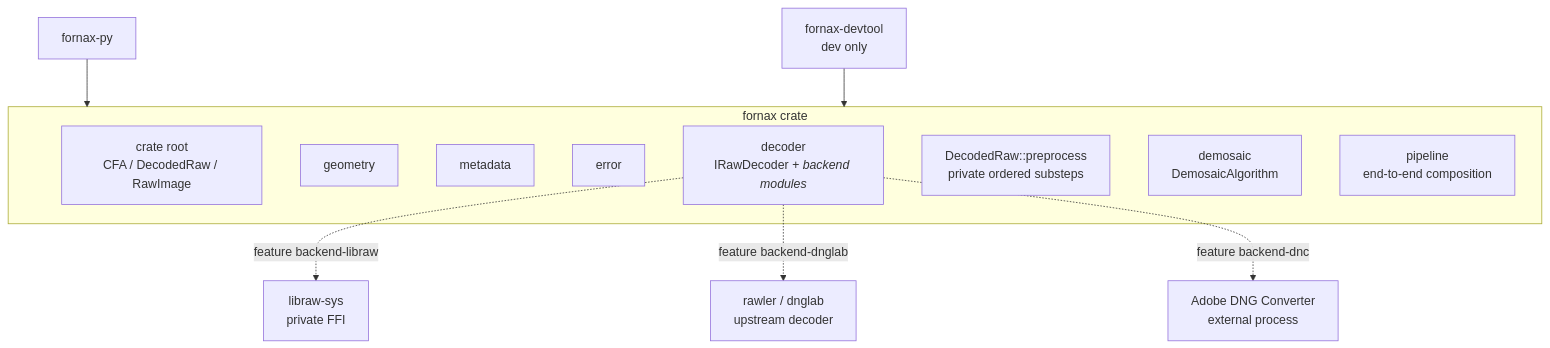
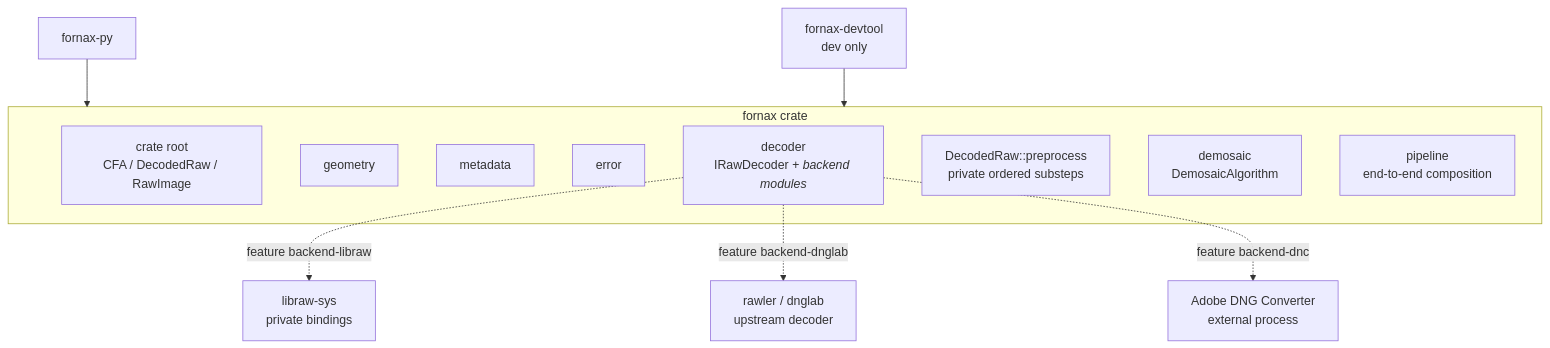
Before and after one commit to Glatzel/fornax: the diagram in docs/raw-pipeline/architecture.md, drawn with Mermaid. The commit also changed other lines of this file and 54 other files, not shown here.

First line of the commit message:
feat(impl-dec-003): implement libraw decoder (#558)

````diff
--- a/docs/raw-pipeline/architecture.md
+++ b/docs/raw-pipeline/architecture.md
@@ -12,19 +13,19 @@
 ```mermaid
 flowchart TB
     subgraph Fornax["fornax crate"]
         Model["crate root\nCFA / DecodedRaw / RawImage"]
         Geometry["geometry"]
         Metadata["metadata"]
         Error["error"]
         Decoder["decoder\nIRawDecoder<I> + backend modules"]
         Preprocess["DecodedRaw::preprocess\nprivate ordered substeps"]
         Demosaic["demosaic\nDemosaicAlgorithm"]
         Pipeline["pipeline\nend-to-end composition"]
     end
 
-    Decoder -. feature backend-libraw .-> LibRawSys["libraw-sys\nprivate FFI"]
+    Decoder -. feature backend-libraw .-> LibRawSys["libraw-sys\nprivate bindings"]
     Decoder -. feature backend-dnglab .-> Rawler["rawler / dnglab\nupstream decoder"]
     Decoder -. feature backend-dnc .-> DNC["Adobe DNG Converter\nexternal process"]
     Python["fornax-py"] --> Fornax
     Dev["fornax-devtool\ndev only"] --> Fornax
 ```
````
